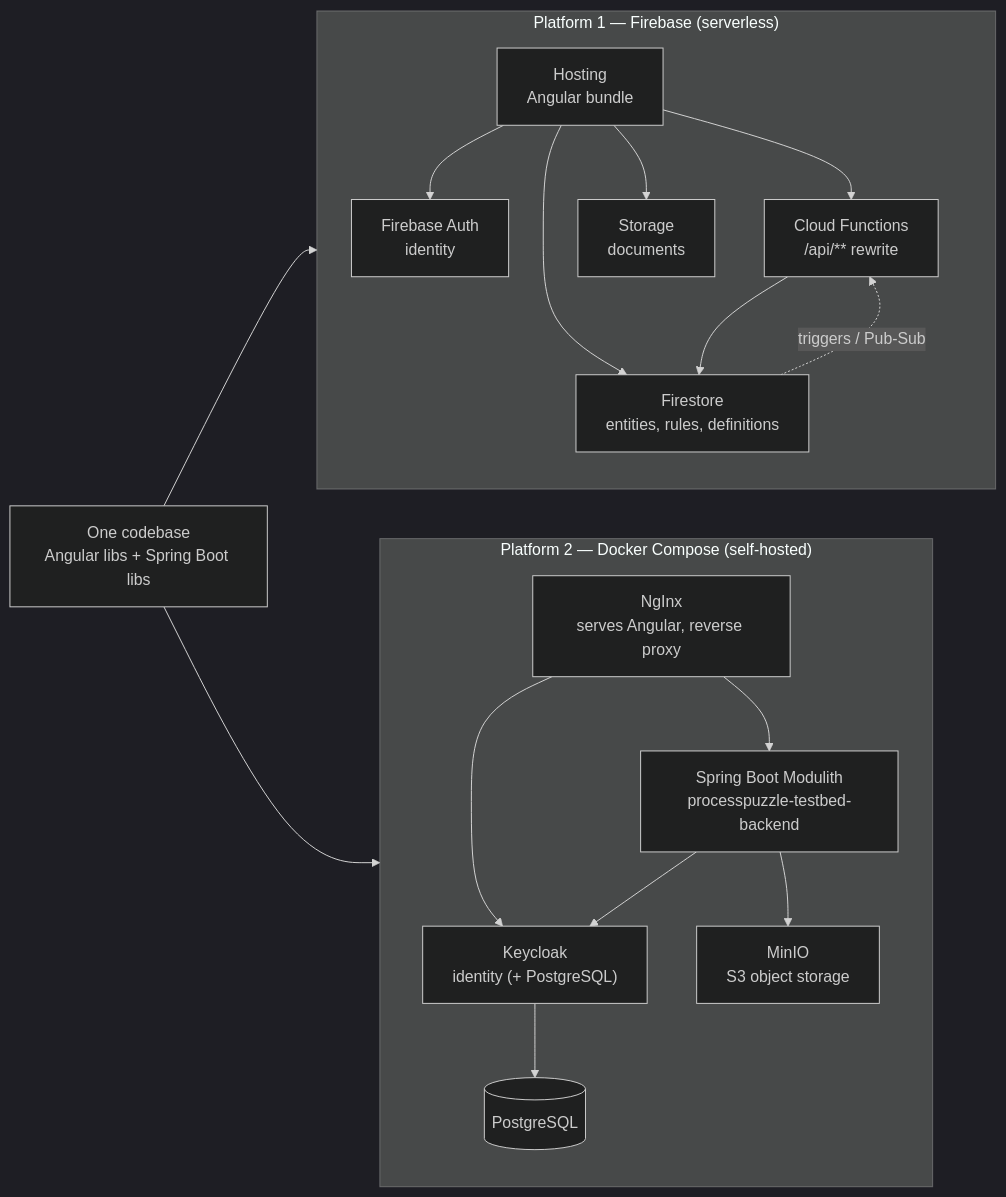
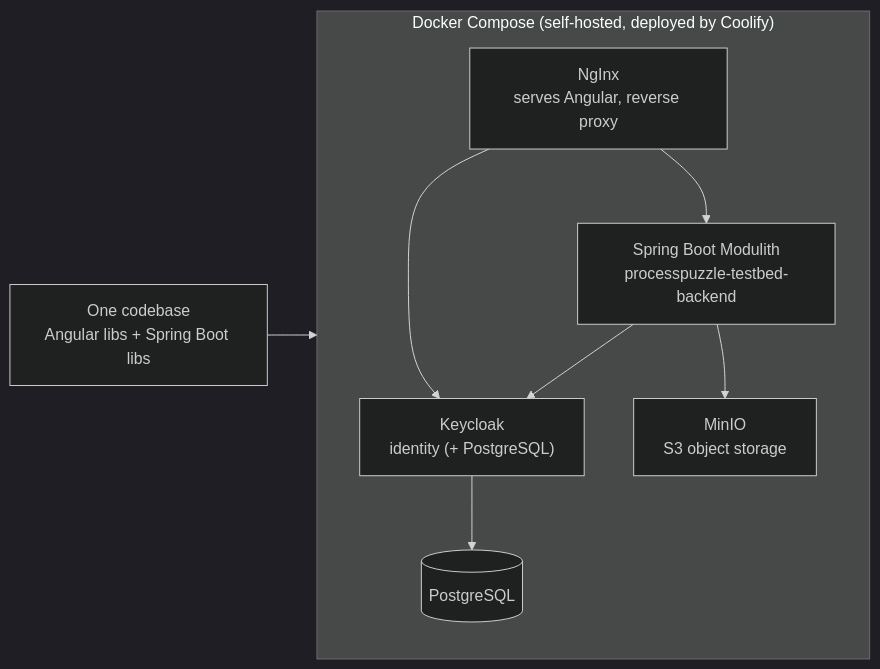
One commit to ZsZs/processpuzzle changed the third of 3 diagrams in README.md. Above: the diagram before and after it, drawn with Mermaid (dark theme). The commit also changed other lines of this file and 96 other files, not shown here.

````diff
--- a/README.md
+++ b/README.md
@@ -193,32 +191,17 @@
 ```mermaid
 graph LR
-  subgraph FB["Platform 1 — Firebase (serverless)"]
-    fbHost["Hosting<br/>Angular bundle"]
-    fbAuth["Firebase Auth<br/>identity"]
-    fbFn["Cloud Functions<br/>/api/** rewrite"]
-    fbFs["Firestore<br/>entities, rules, definitions"]
-    fbSt["Storage<br/>documents"]
-    fbHost --> fbAuth
-    fbHost --> fbFn
-    fbHost --> fbFs
-    fbFn --> fbFs
-    fbFs -. "triggers / Pub-Sub" .-> fbFn
-    fbHost --> fbSt
-  end
-
-  subgraph DC["Platform 2 — Docker Compose (self-hosted)"]
+  subgraph DC["Docker Compose (self-hosted, deployed by Coolify)"]
     nginx["NgInx<br/>serves Angular, reverse proxy"]
     boot["Spring Boot Modulith<br/>processpuzzle-testbed-backend"]
     kc["Keycloak<br/>identity (+ PostgreSQL)"]
     minio["MinIO<br/>S3 object storage"]
     pg[("PostgreSQL")]
     nginx --> boot
     nginx --> kc
     boot --> minio
     boot --> kc
     kc --> pg
   end
 
-  code["One codebase<br/>Angular libs + Spring Boot libs"] --> FB
-  code --> DC
+  code["One codebase<br/>Angular libs + Spring Boot libs"] --> DC
 ```
````
